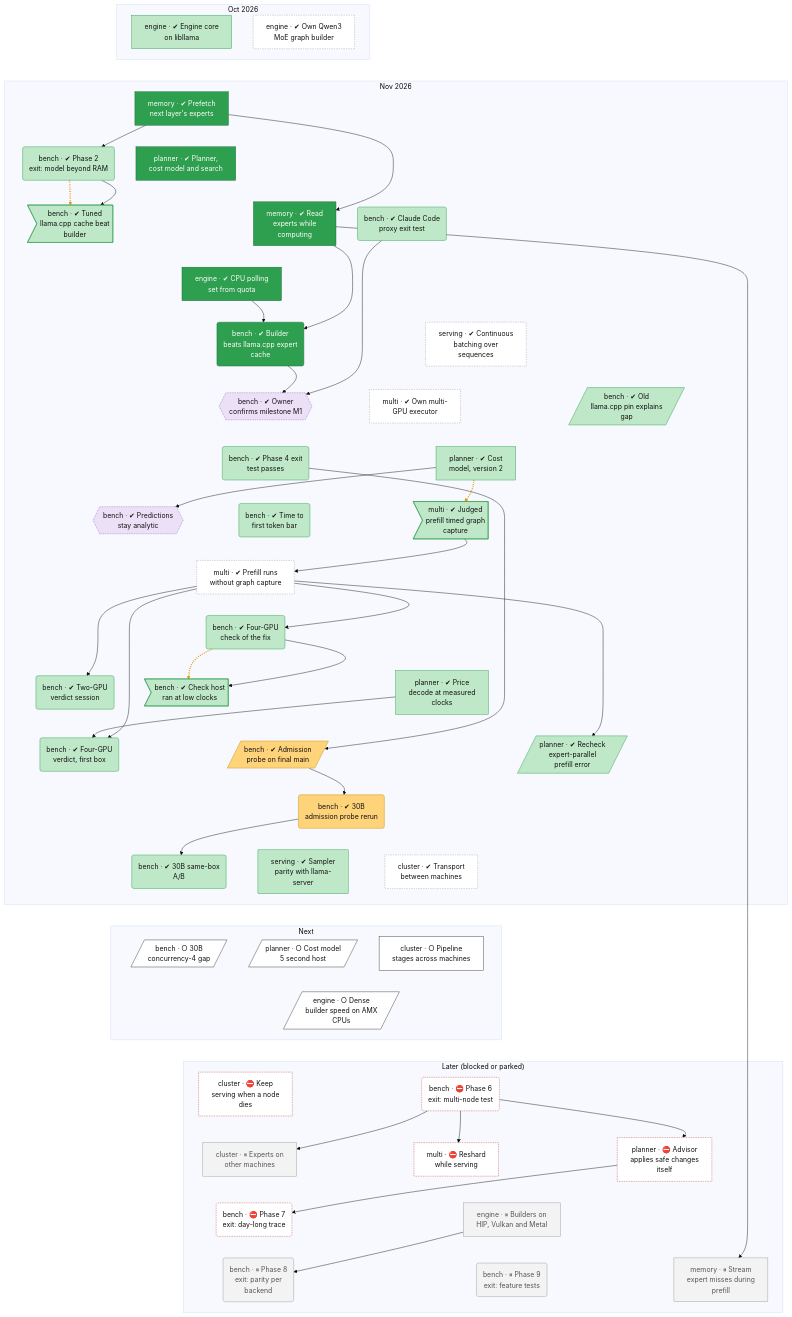
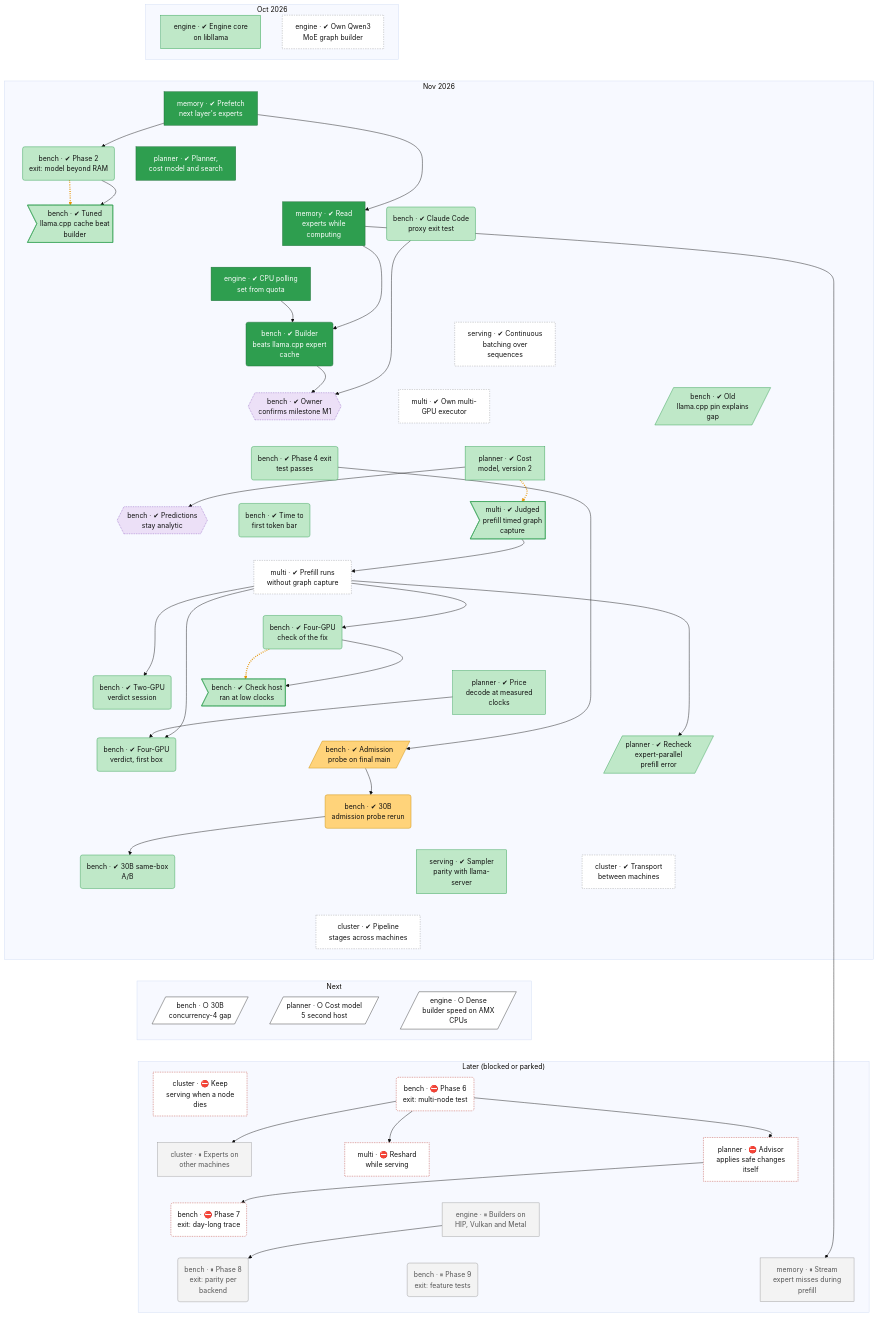
The second of 2 diagrams in docs/roadmap.md (lhns/tetraeder), drawn with Mermaid (base theme) before and after one commit. The commit also changed other lines of this file and 5 other files, not shown here.

Commit message:
Phase 6 step 4, ADR 0091: tree node cluster-pipeline-nodes done (CI run 45321864540), pipelined prefill next; not measured

````diff
--- a/docs/roadmap.md
+++ b/docs/roadmap.md
@@ -135,11 +135,11 @@
         bench_ab30b("bench · ✔ 30B same-box<br/>A/B")
         serving_parity_sampling["serving · ✔ Sampler<br/>parity with llama-<br/>server"]
         cluster_transport["cluster · ✔ Transport<br/>between machines"]
+        cluster_pipeline_nodes["cluster · ✔ Pipeline<br/>stages across machines"]
     end
     subgraph bd_2["Next"]
         bench_30b_c4_gap[/"bench · ○ 30B<br/>concurrency-4 gap"/]
         planner_cost_model_v5_host2[/"planner · ○ Cost model<br/>5 second host"/]
-        cluster_pipeline_nodes["cluster · ○ Pipeline<br/>stages across machines"]
         engine_dense_amx[/"engine · ○ Dense<br/>builder speed on AMX<br/>CPUs"/]
     end
     subgraph bd_3["Later (blocked or parked)"]
@@ -191,13 +191,14 @@
     bench_d2a_30b ~~~ bench_ab30b
     bench_d2a_30b ~~~ serving_parity_sampling
     bench_d2a_30b ~~~ cluster_transport
-    bench_ab30b ~~~ bench_30b_c4_gap
-    serving_parity_sampling ~~~ planner_cost_model_v5_host2
+    bench_ab30b ~~~ cluster_pipeline_nodes
+    serving_parity_sampling ~~~ cluster_pipeline_nodes
     cluster_transport ~~~ cluster_pipeline_nodes
-    bench_30b_c4_gap ~~~ engine_dense_amx
-    planner_cost_model_v5_host2 ~~~ engine_dense_amx
+    cluster_pipeline_nodes ~~~ bench_30b_c4_gap
+    cluster_pipeline_nodes ~~~ planner_cost_model_v5_host2
     cluster_pipeline_nodes ~~~ engine_dense_amx
-    engine_dense_amx ~~~ cluster_failover
+    bench_30b_c4_gap ~~~ cluster_failover
+    planner_cost_model_v5_host2 ~~~ bench_phase6_exit
     engine_dense_amx ~~~ bench_phase6_exit
     cluster_failover ~~~ cluster_experts_nodes
     bench_phase6_exit ~~~ multi_live_reshard
@@ -235,7 +236,7 @@
     planner_advisor_auto --> bench_phase7_exit
     engine_backend_parity --> bench_phase8_exit
     memory_io_service --> memory_prefill_misses
-    linkStyle 55,62,66 stroke:#e69500,stroke-width:3px,stroke-dasharray:2 3
+    linkStyle 56,63,67 stroke:#e69500,stroke-width:3px,stroke-dasharray:2 3
     classDef vsucc fill:#2e9e4f,stroke:#1b6b34,color:#fff
     classDef succ fill:#bfe8c8,stroke:#2e9e4f,color:#111
     classDef mixed fill:#ffd37a,stroke:#c98a00,color:#111
@@ -250,12 +251,12 @@
     classDef decided fill:#ece0f7,stroke:#7b3fb5,stroke-dasharray:2 2,color:#111
     classDef finding fill:#ffe0b2,stroke:#d84315,stroke-width:2px,color:#111
     classDef waiting fill:#e3f2fd,stroke:#1f6fc5,stroke-dasharray:5 5,color:#111
-    class multi_prefill_no_capture,engine_moe_builder,multi_executor,serving_batching,cluster_transport unrated
+    class multi_prefill_no_capture,engine_moe_builder,multi_executor,serving_batching,cluster_transport,cluster_pipeline_nodes unrated
     class engine_libllama,planner_cost_v2,multi_defect_capture,bench_phase2_exit,bench_defect_tuned_cache,bench_phase3b_proxy,bench_pin_ab,bench_phase4_exit,bench_ttft,bench_s3f2,bench_defect_s3f2_clock,bench_v2_verdict,planner_cost_model_v5,bench_v4a_verdict,bench_ab30b,serving_parity_sampling,planner_ep_prefill_recheck succ
     class engine_cpu_poll,memory_prefetch,memory_io_service,planner_core,bench_m1_point1 vsucc
     class bench_owner_m1,bench_owner_analytic decided
     class bench_d2a_probe,bench_d2a_30b mixed
-    class bench_30b_c4_gap,planner_cost_model_v5_host2,cluster_pipeline_nodes,engine_dense_amx next
+    class bench_30b_c4_gap,planner_cost_model_v5_host2,engine_dense_amx next
     class cluster_experts_nodes,engine_backend_parity,bench_phase8_exit,bench_phase9_exit,memory_prefill_misses parked
     class cluster_failover,bench_phase6_exit,multi_live_reshard,planner_advisor_auto,bench_phase7_exit blocked
 ```
````
